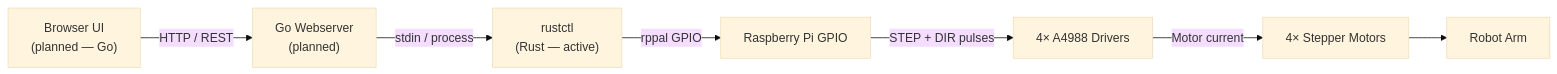
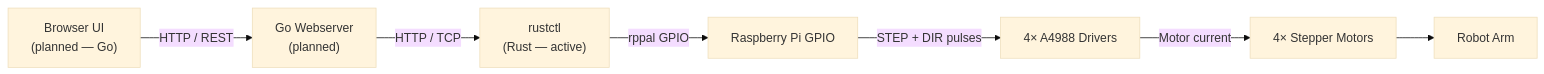
Before and after one commit to HASE-HGV/Roboterarm-HASE: the second of 5 diagrams in README.md, drawn with Mermaid (base theme). The commit also changed other lines of this file, not shown here.

````diff
--- a/README.md
+++ b/README.md
@@ -223,17 +225,17 @@
 ```mermaid
 flowchart LR
     Browser["Browser UI\n(planned — Go)"]
     WebServer["Go Webserver\n(planned)"]
     rustctl["rustctl\n(Rust — active)"]
     GPIO["Raspberry Pi GPIO"]
     A4988s["4× A4988 Drivers"]
     Motors["4× Stepper Motors"]
     Arm["Robot Arm"]
 
     Browser -->|"HTTP / REST"| WebServer
-    WebServer -->|"stdin / process"| rustctl
+    WebServer -->|"HTTP / TCP"| rustctl
     rustctl -->|"rppal GPIO"| GPIO
     GPIO -->|"STEP + DIR pulses"| A4988s
     A4988s -->|"Motor current"| Motors
     Motors --> Arm
 ```
````
